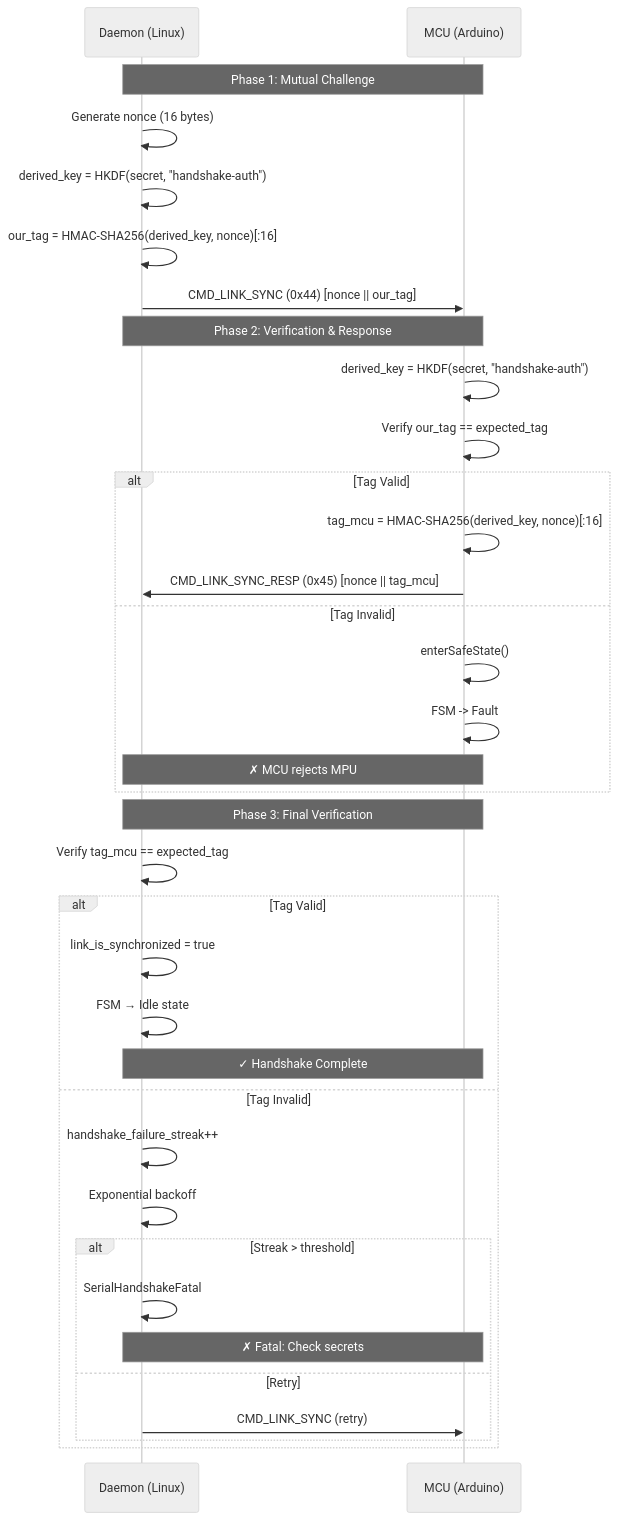
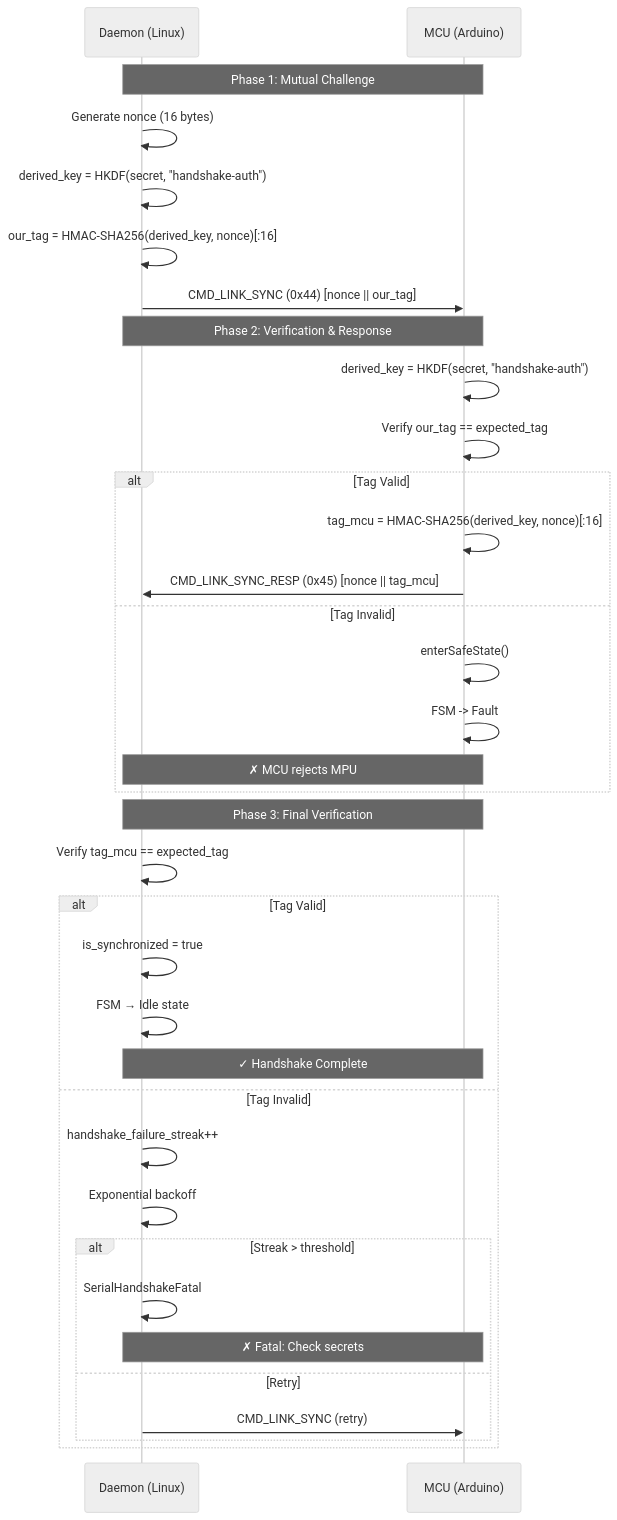
One commit to isantolin/arduino-yun-bridge2 changed the diagram in docs/PROTOCOL.md. Above: the diagram before and after it, drawn with Mermaid (neutral theme). The commit also changed other lines of this file and 20 other files, not shown here.

````diff
--- a/docs/PROTOCOL.md
+++ b/docs/PROTOCOL.md
@@ -435,41 +435,41 @@
 ```mermaid
 sequenceDiagram
     participant D as Daemon (Linux)
     participant M as MCU (Arduino)
 
     Note over D,M: Phase 1: Mutual Challenge
     D->>D: Generate nonce (16 bytes)
     D->>D: derived_key = HKDF(secret, "handshake-auth")
     D->>D: our_tag = HMAC-SHA256(derived_key, nonce)[:16]
     D->>M: CMD_LINK_SYNC (0x44) [nonce || our_tag]
 
     Note over D,M: Phase 2: Verification & Response
     M->>M: derived_key = HKDF(secret, "handshake-auth")
     M->>M: Verify our_tag == expected_tag
     
     alt Tag Valid
         M->>M: tag_mcu = HMAC-SHA256(derived_key, nonce)[:16]
         M->>D: CMD_LINK_SYNC_RESP (0x45) [nonce || tag_mcu]
     else Tag Invalid
         M->>M: enterSafeState()
         M->>M: FSM -> Fault
         Note over D,M: ✗ MCU rejects MPU
     end
 
     Note over D,M: Phase 3: Final Verification
     D->>D: Verify tag_mcu == expected_tag
     alt Tag Valid
-        D->>D: link_is_synchronized = true
+        D->>D: is_synchronized = true
         D->>D: FSM → Idle state
         Note over D,M: ✓ Handshake Complete
     else Tag Invalid
         D->>D: handshake_failure_streak++
         D->>D: Exponential backoff
         alt Streak > threshold
             D->>D: SerialHandshakeFatal
             Note over D,M: ✗ Fatal: Check secrets
         else Retry
             D->>M: CMD_LINK_SYNC (retry)
         end
     end
 ```
````
